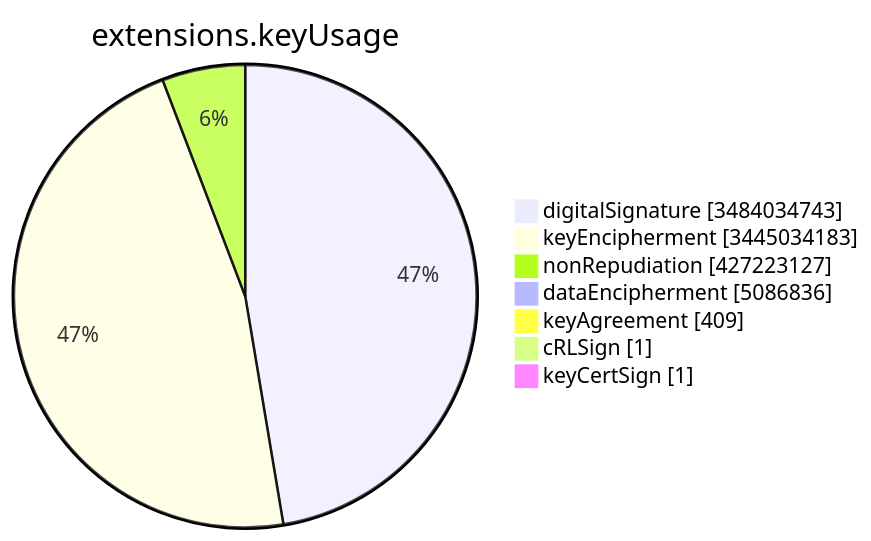
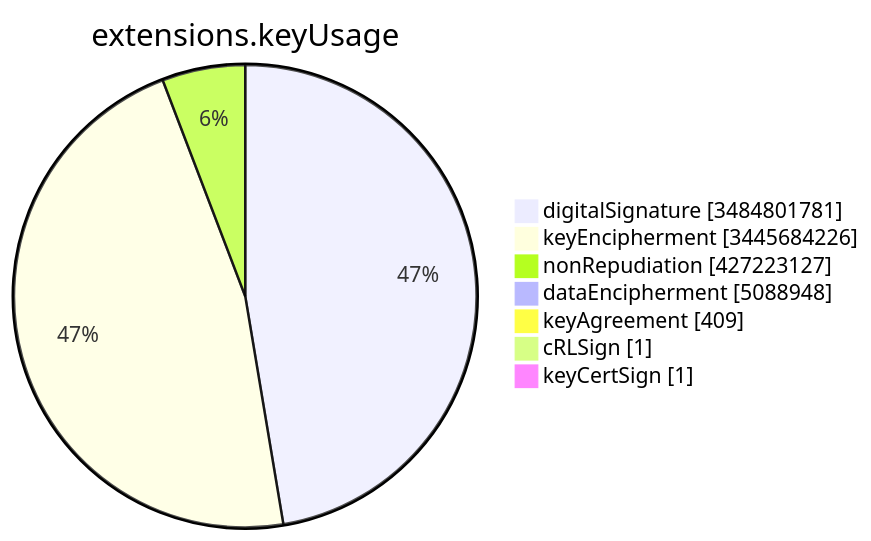
The sixth of 15 diagrams in TOTAL/README.md (christiankrug/ctmonitor_visualization), drawn with Mermaid before and after one commit. The commit also changed other lines of this file, not shown here.

````diff
--- a/TOTAL/README.md
+++ b/TOTAL/README.md
@@ -3083,11 +3083,11 @@
 ```mermaid
 pie showData
 title extensions.keyUsage
-"digitalSignature" :3484034743
-"keyEncipherment" :3445034183
+"digitalSignature" :3484801781
+"keyEncipherment" :3445684226
 "nonRepudiation" :427223127
-"dataEncipherment" :5086836
+"dataEncipherment" :5088948
 "keyAgreement" :409
 "cRLSign" :1
 "keyCertSign" :1
 ```
````
